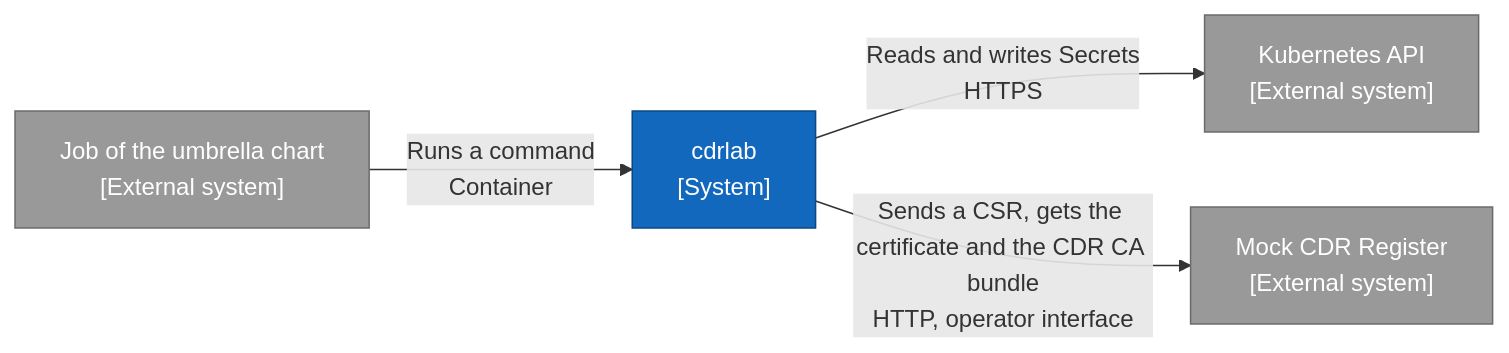
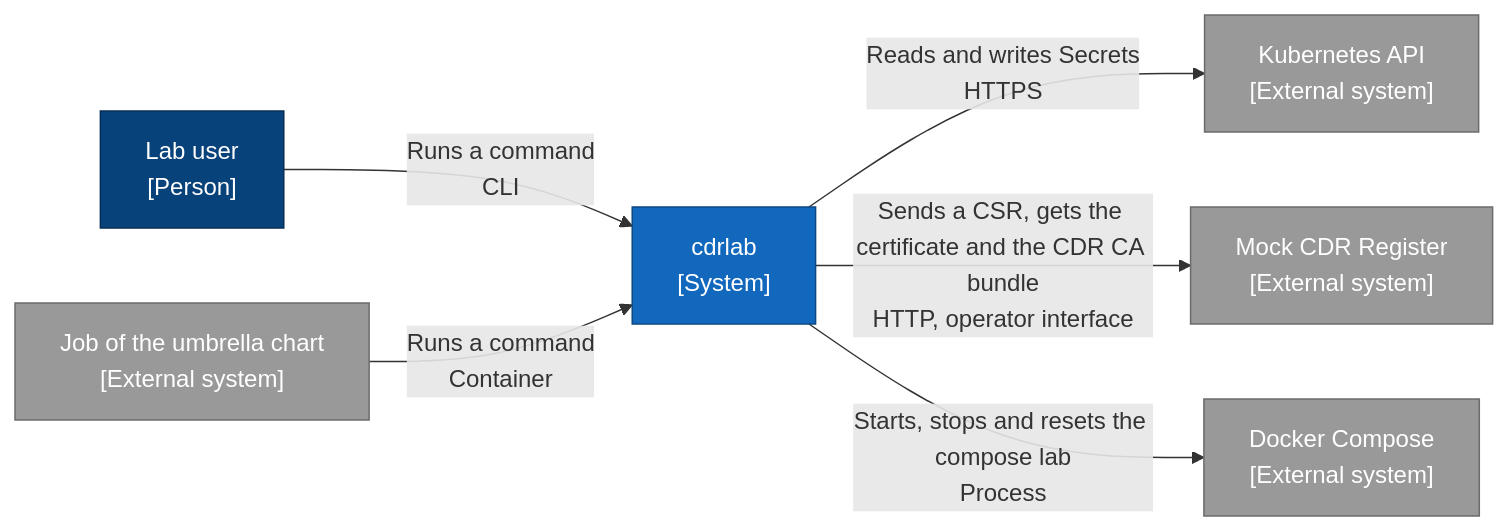
The diagram in cli/cdrlab/DESIGN.md (lukemundy/cdr-lab), drawn with Mermaid before and after one commit. The commit also changed other lines of this file and 8 other files, not shown here.

Commit message:
docs: add the requirements of the compose lab from a cdrlab release (#84)

````diff
--- a/cli/cdrlab/DESIGN.md
+++ b/cli/cdrlab/DESIGN.md
@@ -7,17 +7,22 @@
 ```mermaid
 flowchart LR
+  labuser["Lab user<br>[Person]"]
   job["Job of the umbrella chart<br>[External system]"]
   cdrlab["cdrlab<br>[System]"]
   k8s["Kubernetes API<br>[External system]"]
   register["Mock CDR Register<br>[External system]"]
+  compose["Docker Compose<br>[External system]"]
 
+  labuser -- "Runs a command<br>CLI" --> cdrlab
   job -- "Runs a command<br>Container" --> cdrlab
   cdrlab -- "Reads and writes Secrets<br>HTTPS" --> k8s
   cdrlab -- "Sends a CSR, gets the certificate and the CDR CA bundle<br>HTTP, operator interface" --> register
+  cdrlab -- "Starts, stops and resets the compose lab<br>Process" --> compose
 
   classDef person fill:#08427b,color:#fff,stroke:#052e56
   classDef system fill:#1168bd,color:#fff,stroke:#0b4884
   classDef external fill:#999,color:#fff,stroke:#6b6b6b
+  class labuser person
   class cdrlab system
-  class job,k8s,register external
+  class job,k8s,register,compose external
 ```
````
